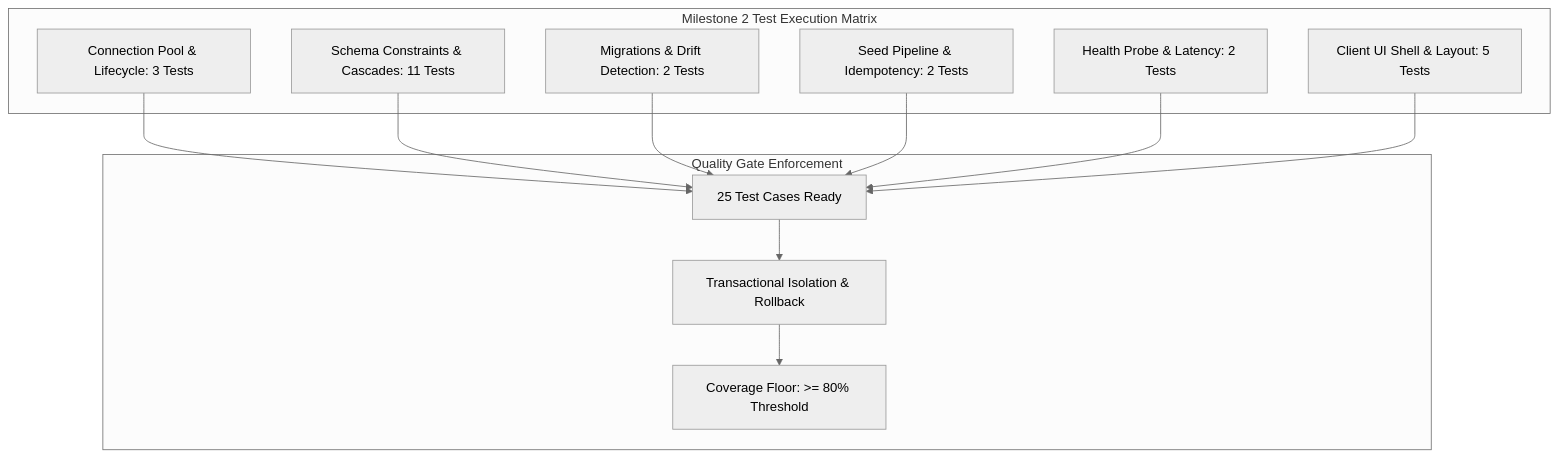
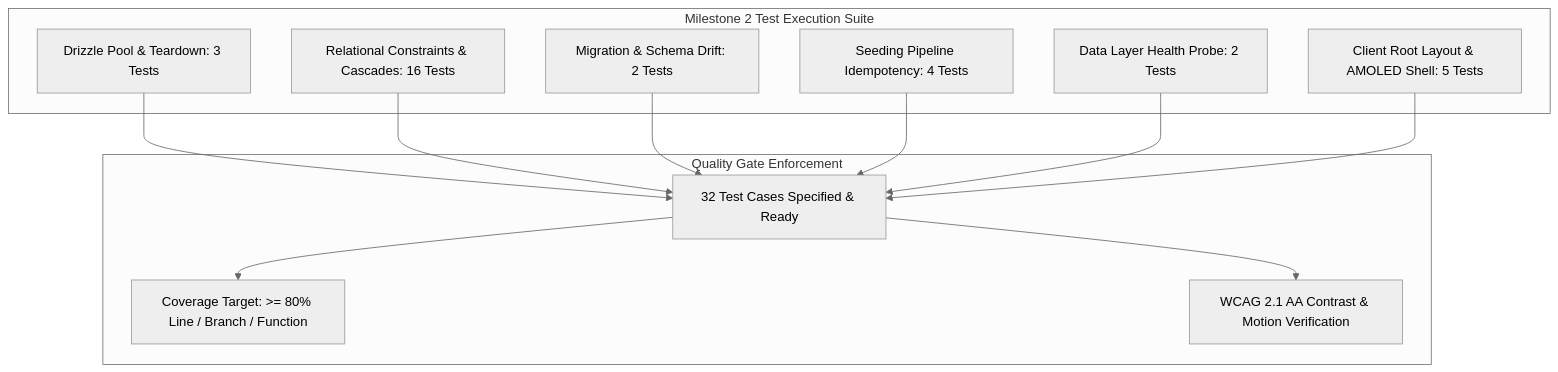
Before and after one commit to hrutavmodha/smex-store: the diagram in docs/internal/testing/llt/data-layer.md, drawn with Mermaid (neutral theme). The commit also changed other lines of this file and 1 other file, not shown here.

Commit message:
Redesign milestone 2 appropriately

````diff
--- a/docs/internal/testing/llt/data-layer.md
+++ b/docs/internal/testing/llt/data-layer.md
@@ -13,26 +17,26 @@
 ```mermaid
 flowchart TD
-    subgraph TestSuite["Milestone 2 Test Execution Matrix"]
-        TC_POOL["Connection Pool & Lifecycle: 3 Tests"]
-        TC_SCHEMA["Schema Constraints & Cascades: 11 Tests"]
-        TC_MIGRATION["Migrations & Drift Detection: 2 Tests"]
-        TC_SEED["Seed Pipeline & Idempotency: 2 Tests"]
-        TC_HEALTH["Health Probe & Latency: 2 Tests"]
-        TC_UI_SHELL["Client UI Shell & Layout: 5 Tests"]
+    subgraph TestSuite["Milestone 2 Test Execution Suite"]
+        TC_POOL["Drizzle Pool & Teardown: 3 Tests"]
+        TC_SCHEMA["Relational Constraints & Cascades: 16 Tests"]
+        TC_MIGRATE["Migration & Schema Drift: 2 Tests"]
+        TC_SEED["Seeding Pipeline Idempotency: 4 Tests"]
+        TC_HEALTH["Data Layer Health Probe: 2 Tests"]
+        TC_SHELL["Client Root Layout & AMOLED Shell: 5 Tests"]
     end
 
     subgraph QualityGate["Quality Gate Enforcement"]
-        TOTAL["25 Test Cases Ready"]
-        ISOLATION["Transactional Isolation & Rollback"]
-        GATE["Coverage Floor: >= 80% Threshold"]
+        READY["32 Test Cases Specified & Ready"]
+        COV["Coverage Target: >= 80% Line / Branch / Function"]
+        A11Y["WCAG 2.1 AA Contrast & Motion Verification"]
     end
 
-    TC_POOL --> TOTAL
-    TC_SCHEMA --> TOTAL
-    TC_MIGRATION --> TOTAL
-    TC_SEED --> TOTAL
-    TC_HEALTH --> TOTAL
-    TC_UI_SHELL --> TOTAL
-    TOTAL --> ISOLATION
-    ISOLATION --> GATE
+    TC_POOL --> READY
+    TC_SCHEMA --> READY
+    TC_MIGRATE --> READY
+    TC_SEED --> READY
+    TC_HEALTH --> READY
+    TC_SHELL --> READY
+    READY --> COV
+    READY --> A11Y
 ```
````
